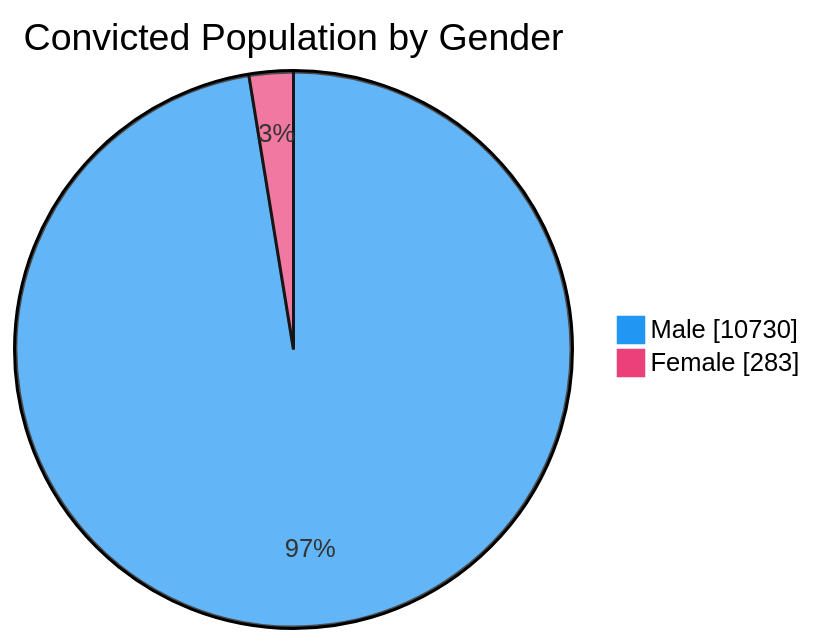
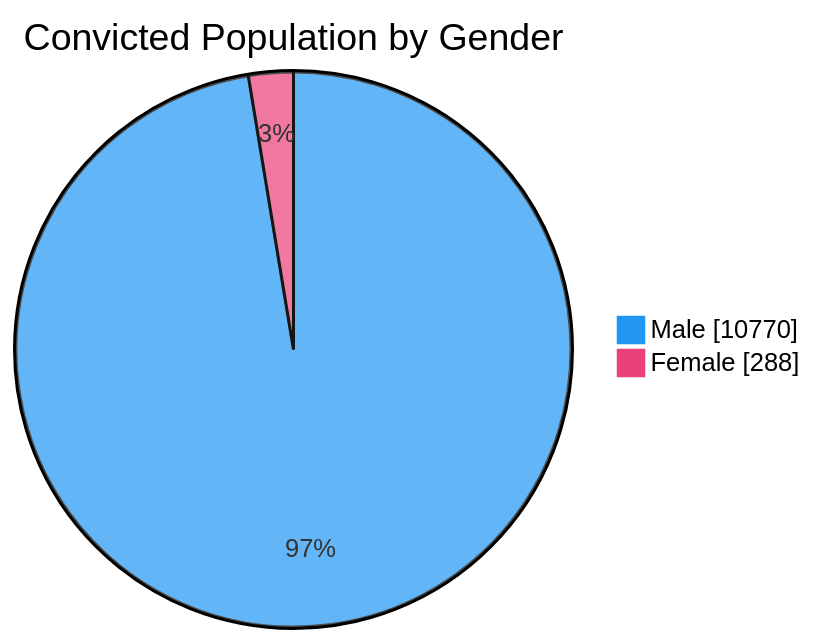
The third of 7 diagrams in README.md (nuuuwan/lk_prisons), drawn with Mermaid before and after one commit. The commit also changed other lines of this file and 1 other file, not shown here.

````diff
--- a/README.md
+++ b/README.md
@@ -65,6 +65,6 @@
 ```mermaid
 %%{init: {'themeVariables': {'pie1': '#2196F3', 'pie2': '#EC407A'}}}%%
 pie showData title Convicted Population by Gender
-    "Male" : 10730
-    "Female" : 283
+    "Male" : 10770
+    "Female" : 288
 ```
````
